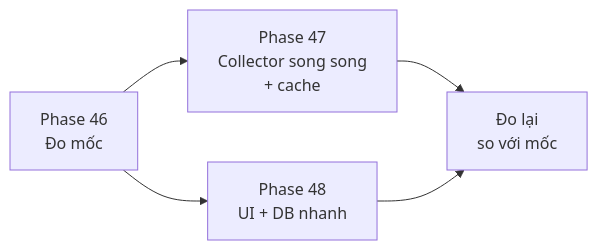
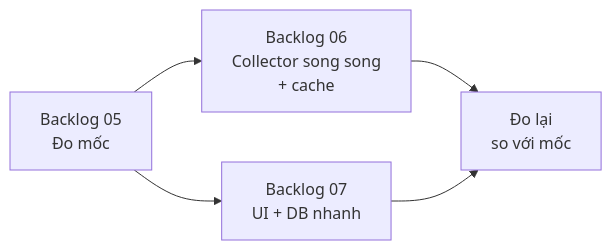
One commit to nvminhtu/niche-radar-docs changed the diagram in docs/web/version-5.md. Above: the diagram before and after it, drawn with Mermaid. The commit also changed other lines of this file and 474 other files, not shown here.

Commit message:
sync: đánh số lại phase theo thứ tự làm (1–62), KO LÀM → Backlog 01–21, link cũ tự chuyển trang

````diff
--- a/docs/web/version-5.md
+++ b/docs/web/version-5.md
@@ -25,6 +25,6 @@
 ```mermaid
 flowchart LR
-  B[Phase 46<br/>Đo mốc] --> C[Phase 47<br/>Collector song song<br/>+ cache]
-  B --> U[Phase 48<br/>UI + DB nhanh]
+  B[Backlog 05<br/>Đo mốc] --> C[Backlog 06<br/>Collector song song<br/>+ cache]
+  B --> U[Backlog 07<br/>UI + DB nhanh]
   C & U --> R[Đo lại<br/>so với mốc]
 ```
````
